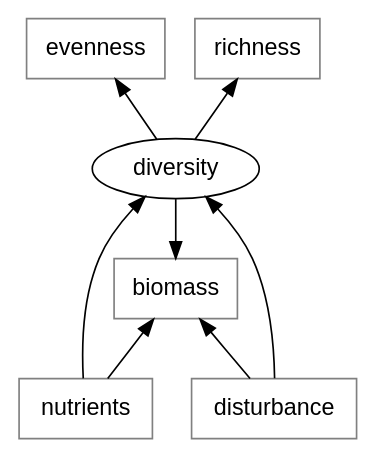
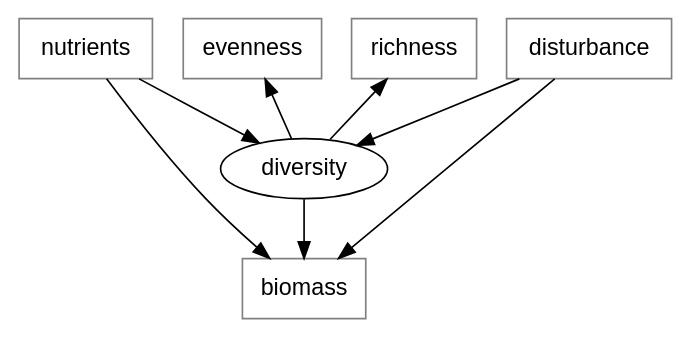
Before and after one commit to pennekampster/Swiss_SEM: diagram 14 of 18 in 5_Slides/Intro_to_SEM_part2.qmd, drawn with Graphviz. The commit also changed other lines of this file and 1 other file, not shown here.

````diff
--- a/5_Slides/Intro_to_SEM_part2.qmd
+++ b/5_Slides/Intro_to_SEM_part2.qmd
@@ -758,32 +756,34 @@
 ```{dot}
 //| fig-width: 6
 digraph  {
 
    # a 'graph' statement
   graph [overlap = false, fontsize = 10, rankdir = TB, ranksep=.5]
 
     node [shape=oval, fontname = Helvetica]
     diversity
 
   # several 'node' statements
   node [shape = box,
         fontname = Helvetica, color="gray"]
   
         evenness, richness;
         nutrients;
         disturbance;
 
     disturbance->diversity;
     nutrients->diversity;
     disturbance -> biomass;
     nutrients->biomass;
     diversity->biomass ;
 
     diversity -> evenness;
     diversity -> richness;
 
- { rank="max"; nutrients; disturbance}
+ { rank="min"; nutrients; disturbance}
 
  { rank="min"; evenness; richness}
+
+ 
 }
 ```
````
